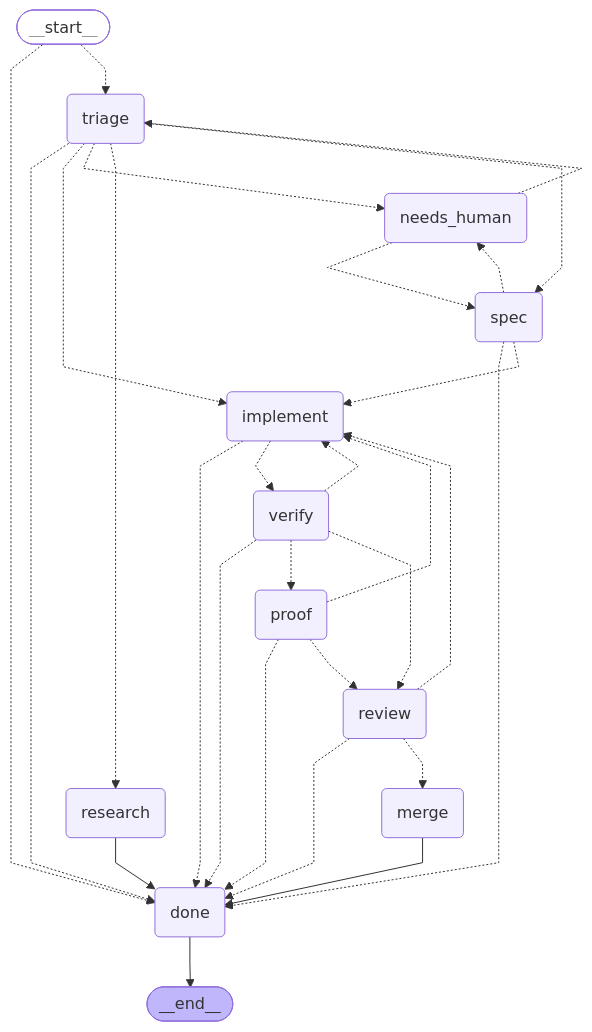
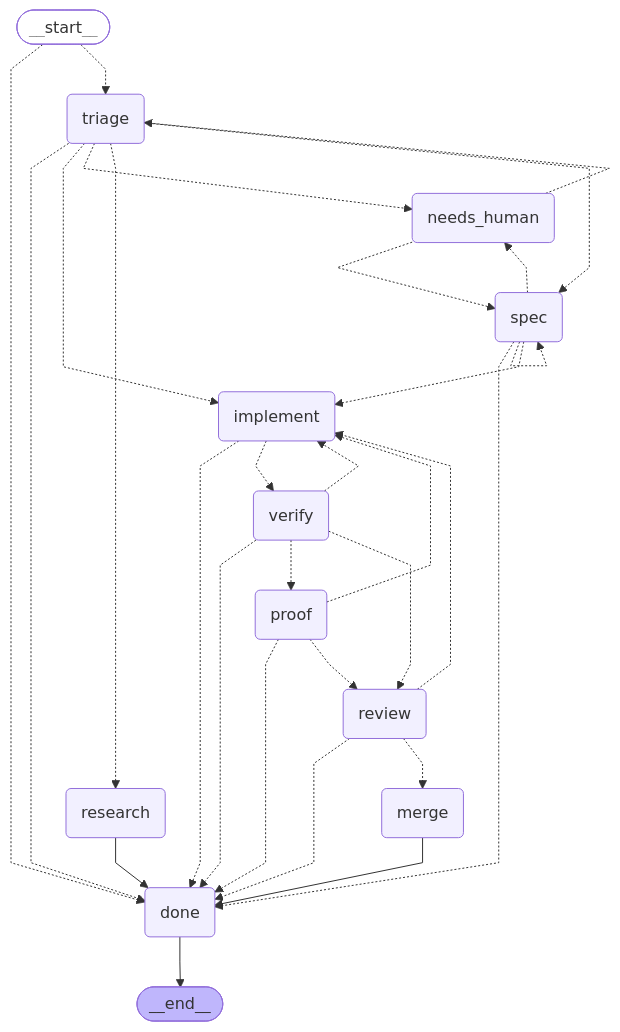
The diagram in README.md (bookout-labs/tools), drawn with Mermaid before and after one commit. The commit also changed other lines of this file and 14 other files, not shown here.

````diff
--- a/README.md
+++ b/README.md
@@ -9,51 +9,52 @@
 ```mermaid
 ---
 config:
   flowchart:
     curve: linear
 ---
 graph TD;
 	__start__([<p>__start__</p>]):::first
 	triage(triage)
 	research(research)
 	spec(spec)
 	implement(implement)
 	verify(verify)
 	review(review)
 	proof(proof)
 	needs_human(needs_human)
 	merge(merge)
 	done(done)
 	__end__([<p>__end__</p>]):::last
 	__start__ -.-> done;
 	__start__ -.-> triage;
 	implement -.-> done;
 	implement -.-> verify;
 	merge --> done;
 	needs_human -.-> spec;
 	needs_human -.-> triage;
 	proof -.-> done;
 	proof -.-> implement;
 	proof -.-> review;
 	research --> done;
 	review -.-> done;
 	review -.-> implement;
 	review -.-> merge;
 	spec -.-> done;
 	spec -.-> implement;
 	spec -.-> needs_human;
 	triage -.-> done;
 	triage -.-> implement;
 	triage -.-> needs_human;
 	triage -.-> research;
 	triage -.-> spec;
+	spec -.-> spec;
 	verify -.-> done;
 	verify -.-> implement;
 	verify -.-> proof;
 	verify -.-> review;
 	done --> __end__;
 	classDef default fill:#f2f0ff,line-height:1.2
 	classDef first fill-opacity:0
 	classDef last fill:#bfb6fc
 
 ```
````
